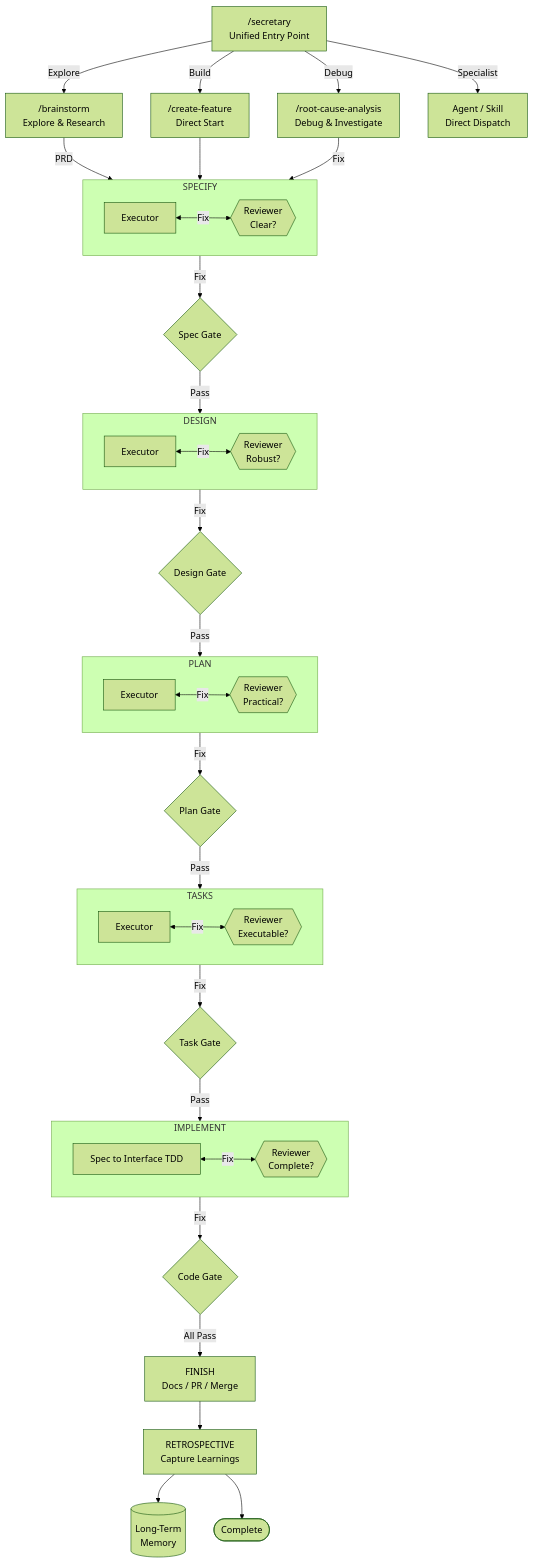
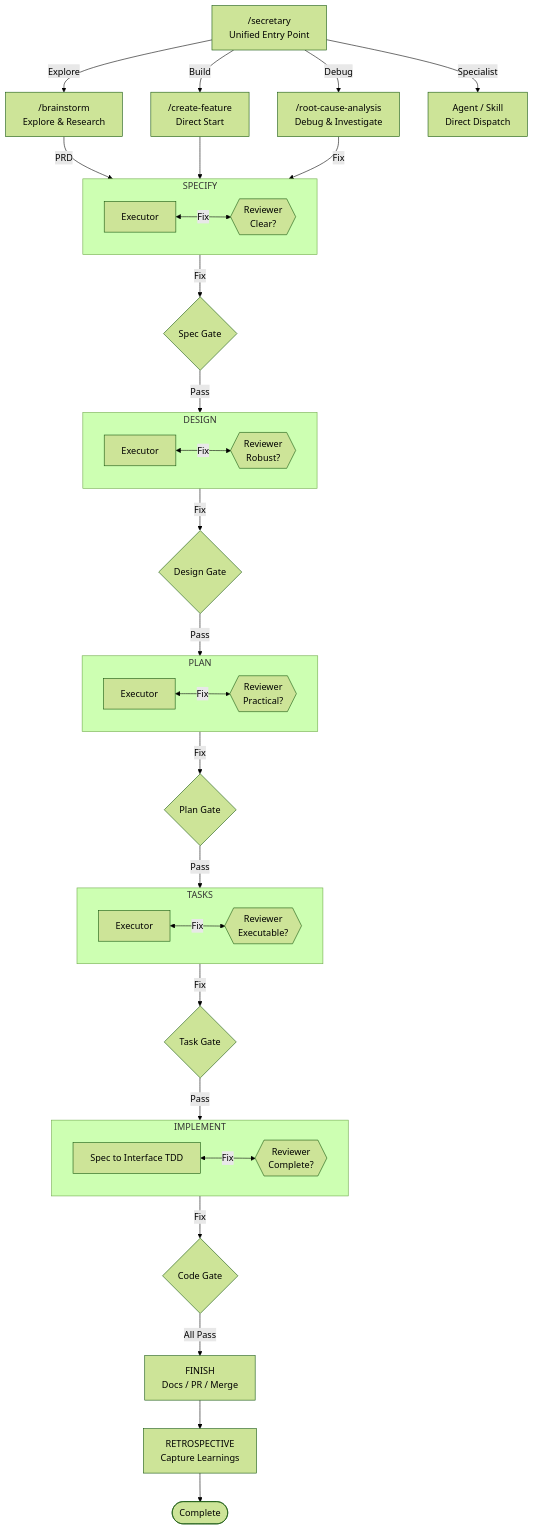
One commit to clthuang/pedantic-drip changed the diagram in README.md. Above: the diagram before and after it, drawn with Mermaid (forest theme). The commit also changed other lines of this file and 167 other files, not shown here.

````diff
--- a/README.md
+++ b/README.md
@@ -166,45 +136,44 @@
 ```mermaid
 flowchart TD
     SEC["/secretary<br/>Unified Entry Point"] -->|Explore| BS["/brainstorm<br/>Explore & Research"]
     SEC -->|Build| CF["/create-feature<br/>Direct Start"]
     SEC -->|Debug| RCA["/root-cause-analysis<br/>Debug & Investigate"]
     SEC -->|Specialist| AGENT["Agent / Skill<br/>Direct Dispatch"]
 
     BS -->|PRD| SPEC
     CF --> SPEC
     RCA -->|Fix| SPEC
 
     subgraph SPEC["SPECIFY"]
         SE[Executor] <-->|Fix| SR{{"Reviewer<br/>Clear?"}}
     end
     SPEC -->|Fix| SG{Spec Gate}
     SG -->|Pass| DES
 
     subgraph DES["DESIGN"]
         DE[Executor] <-->|Fix| DR{{"Reviewer<br/>Robust?"}}
     end
     DES -->|Fix| DG{Design Gate}
     DG -->|Pass| PLN
 
     subgraph PLN["PLAN"]
         PE[Executor] <-->|Fix| PR{{"Reviewer<br/>Practical?"}}
     end
     PLN -->|Fix| PG{Plan Gate}
     PG -->|Pass| TSK
 
     subgraph TSK["TASKS"]
         TE[Executor] <-->|Fix| TR{{"Reviewer<br/>Executable?"}}
     end
     TSK -->|Fix| TG{Task Gate}
     TG -->|Pass| IMP
 
     subgraph IMP["IMPLEMENT"]
         IE["Spec to Interface TDD"] <-->|Fix| IR{{"Reviewer<br/>Complete?"}}
     end
     IMP -->|Fix| CG{Code Gate}
     CG -->|All Pass| FIN
 
     FIN["FINISH<br/>Docs / PR / Merge"] --> RET
-    RET["RETROSPECTIVE<br/>Capture Learnings"] --> MEM[("Long-Term<br/>Memory")]
-    RET --> DONE([Complete])
+    RET["RETROSPECTIVE<br/>Capture Learnings"] --> DONE([Complete])
 ```
````
